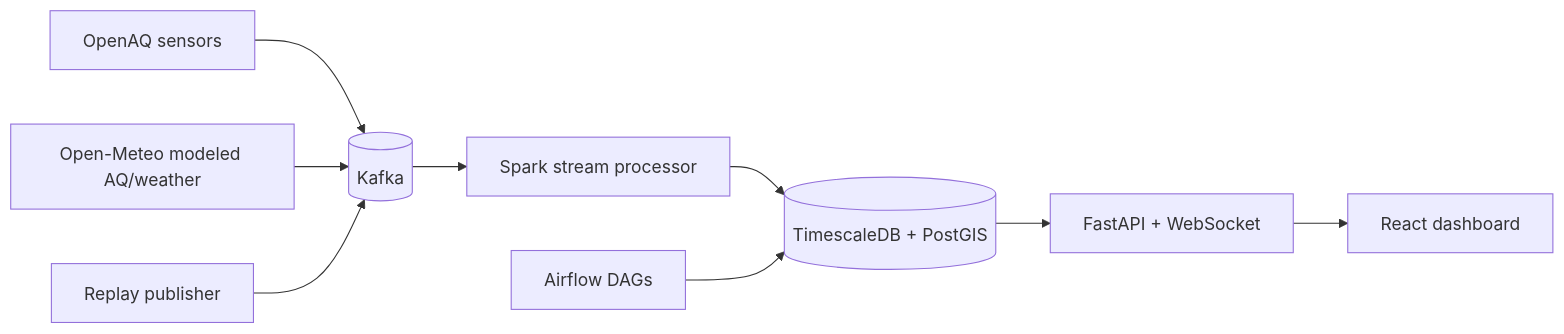
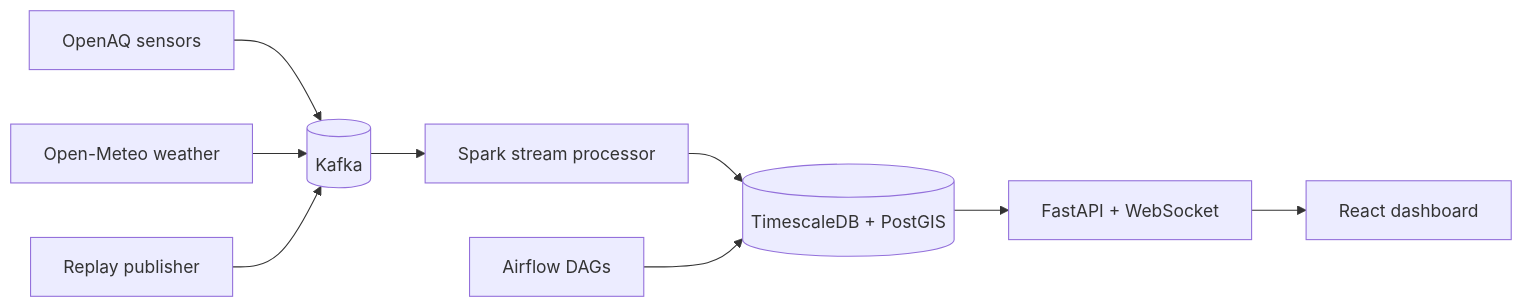
Before and after one commit to munamadan/HimalayaAir: the diagram in README.md, drawn with Mermaid. The commit also changed other lines of this file and 1 other file, not shown here.

````diff
--- a/README.md
+++ b/README.md
@@ -14,11 +14,11 @@
 ```mermaid
 flowchart LR
   OA[OpenAQ sensors] --> K[(Kafka)]
-  OM[Open-Meteo modeled AQ/weather] --> K
+  OM[Open-Meteo weather] --> K
   RP[Replay publisher] --> K
   K --> SP[Spark stream processor]
   SP --> TS[(TimescaleDB + PostGIS)]
   AF[Airflow DAGs] --> TS
   TS --> API[FastAPI + WebSocket]
   API --> FE[React dashboard]
 ```
````
